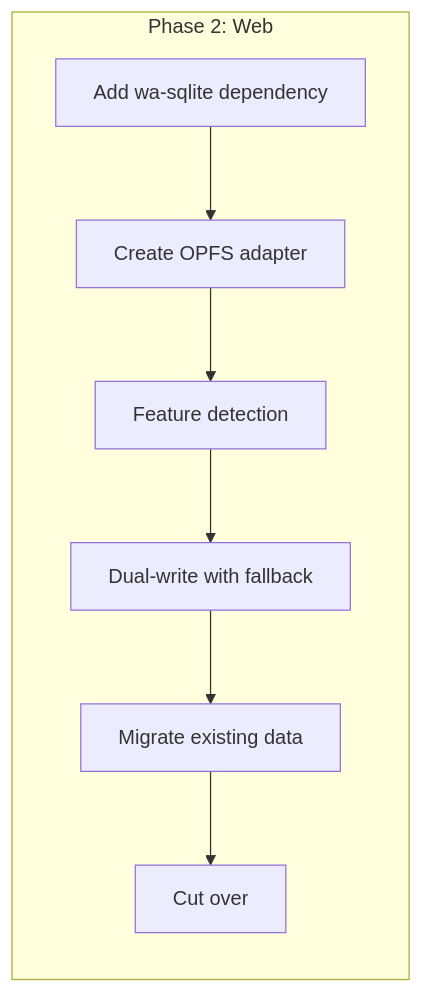
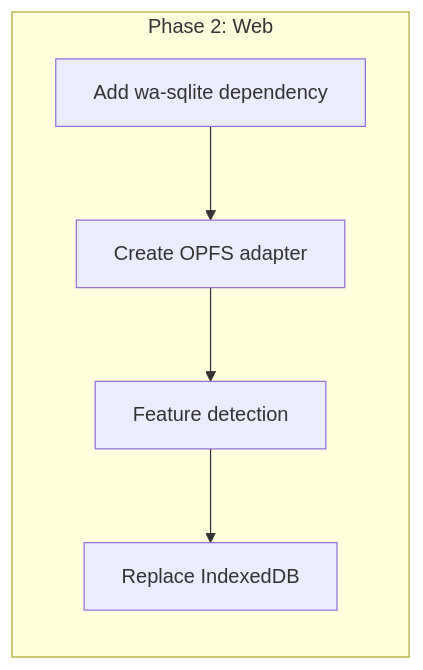
Diagram 12 of 16 in docs/explorations/0072_INDEXEDDB_TO_SQLITE_MIGRATION.md (crs48/xNet), drawn with Mermaid before and after one commit. The commit also changed other lines of this file, not shown here.

````diff
--- a/docs/explorations/0072_INDEXEDDB_TO_SQLITE_MIGRATION.md
+++ b/docs/explorations/0072_INDEXEDDB_TO_SQLITE_MIGRATION.md
@@ -646,13 +544,11 @@
 ```mermaid
 flowchart LR
-    subgraph Current["Phase 2: Web"]
+    subgraph Phase2["Phase 2: Web"]
         W1["Add wa-sqlite dependency"]
         W2["Create OPFS adapter"]
         W3["Feature detection"]
-        W4["Dual-write with fallback"]
-        W5["Migrate existing data"]
-        W6["Cut over"]
+        W4["Replace IndexedDB"]
     end
 
-    W1 --> W2 --> W3 --> W4 --> W5 --> W6
+    W1 --> W2 --> W3 --> W4
 ```
````
